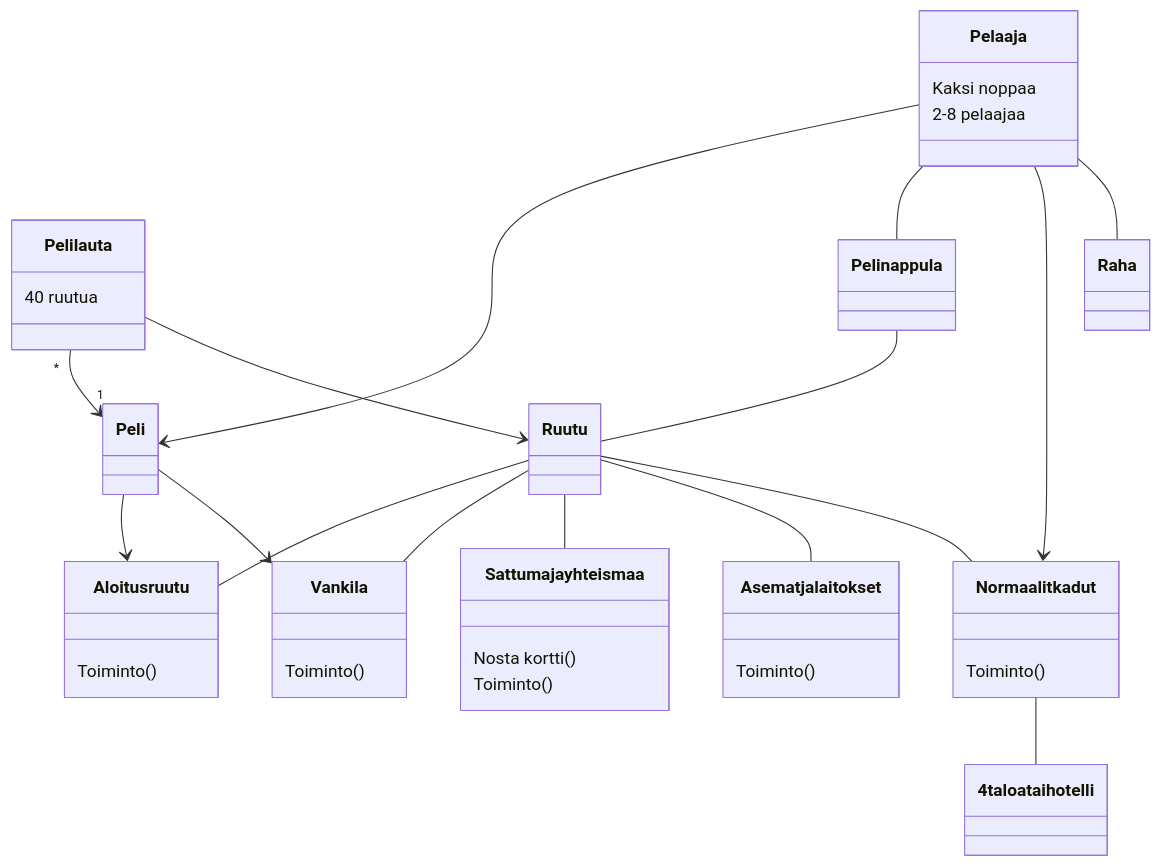
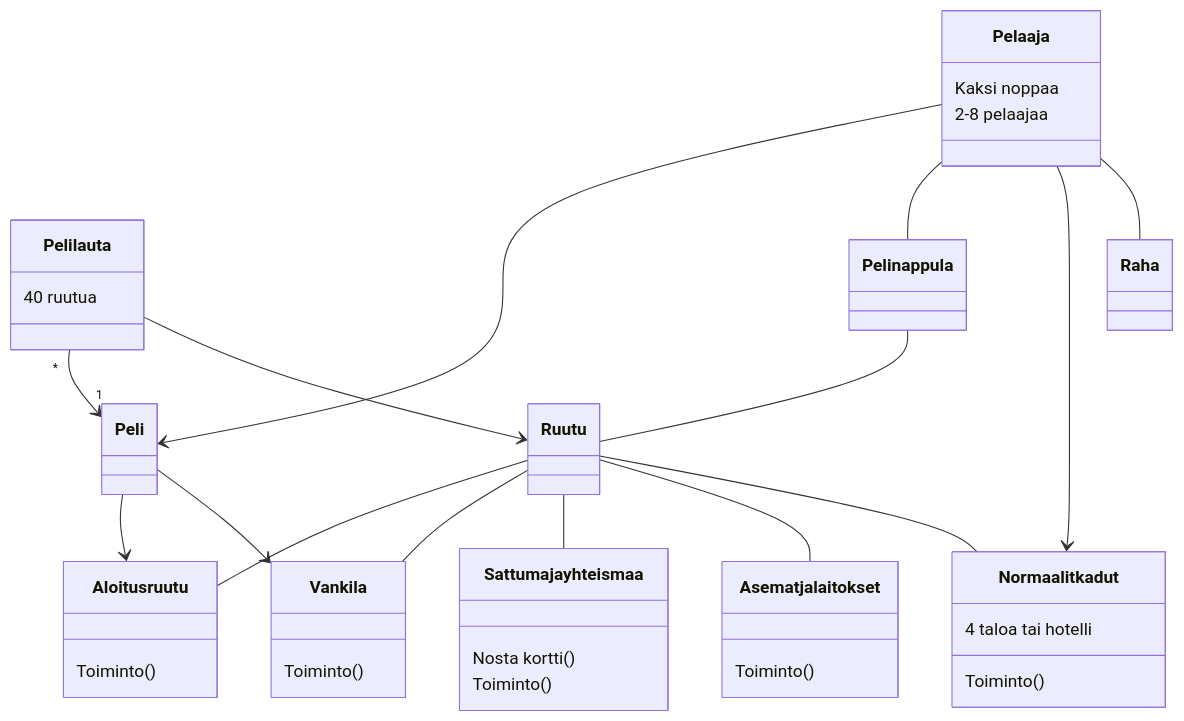
One commit to ellenra/jumping_game changed the diagram in laskarit/viikko3/monopoli_luokkakaavio.md. Above: the diagram before and after it, drawn with Mermaid.

````diff
--- a/laskarit/viikko3/monopoli_luokkakaavio.md
+++ b/laskarit/viikko3/monopoli_luokkakaavio.md
@@ -1,30 +1,30 @@
 ```mermaid
  classDiagram
       Pelilauta "*" --> "1" Peli
       Pelilauta : 40 ruutua
       Pelaaja --> Peli
       Pelaaja : Kaksi noppaa
       Pelaaja : 2-8 pelaajaa
       Pelaaja -- Pelinappula
       Pelinappula -- Ruutu
       Ruutu -- Aloitusruutu
       Ruutu -- Vankila
       Ruutu -- Sattuma ja yhteismaa
       Ruutu -- Asemat ja laitokset
       Ruutu -- Normaalit kadut
       Pelilauta --> Ruutu
       Pelaaja --> Normaalit kadut
-      Normaalit kadut -- 4 taloa tai hotelli
+      Normaalit kadut : 4 taloa tai hotelli
       Normaalit kadut : Toiminto()
       Peli --> Aloitusruutu
       Peli --> Vankila
       Sattuma ja yhteismaa : Nosta kortti()
       Sattuma ja yhteismaa : Toiminto()
       Aloitusruutu : Toiminto()
       Vankila : Toiminto()
       Asemat ja laitokset : Toiminto()
       Pelaaja -- Raha
       
       
      
 ```
````
